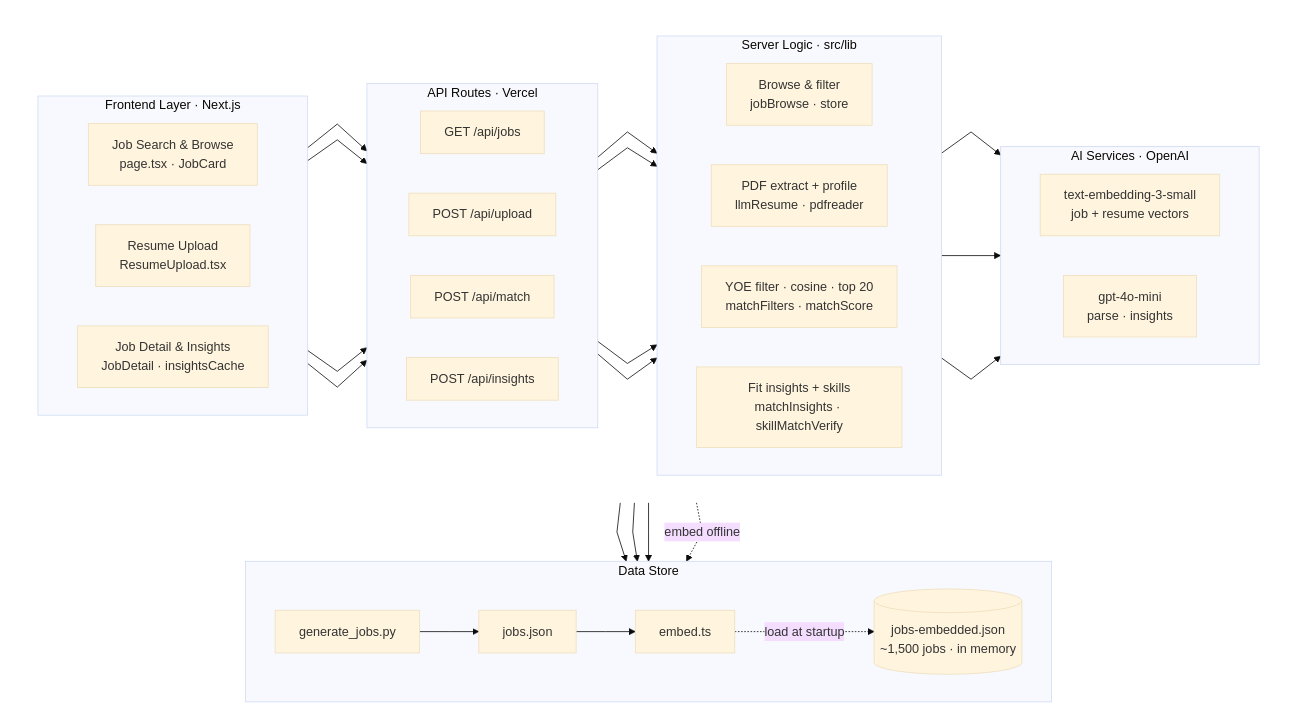
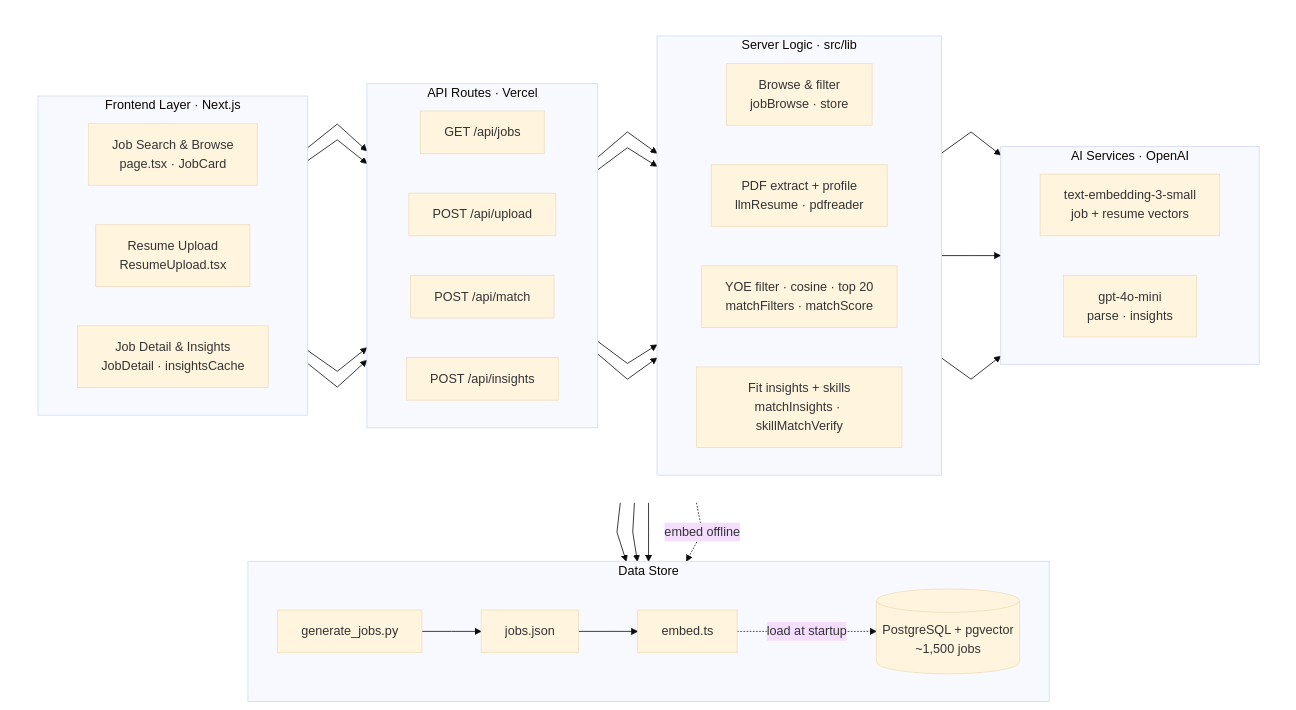
Before and after one commit to MeenakshiMadhu/scoutAI: the first of 3 diagrams in README.md, drawn with Mermaid (base theme). The commit also changed other lines of this file and 17 other files, not shown here.

````diff
--- a/README.md
+++ b/README.md
@@ -31,65 +32,65 @@
 ```mermaid
 %%{init: {'flowchart': {'curve': 'linear'}}}%%
 flowchart TB
   subgraph TOP[" "]
     direction LR
     subgraph FE["Frontend Layer · Next.js"]
       direction LR
       FE1["Job Search & Browse\npage.tsx · JobCard"]
       FE2["Resume Upload\nResumeUpload.tsx"]
       FE3["Job Detail & Insights\nJobDetail · insightsCache"]
     end
 
     subgraph API["API Routes · Vercel"]
       direction LR
       API1["GET /api/jobs"]
       API2["POST /api/upload"]
       API3["POST /api/match"]
       API4["POST /api/insights"]
     end
 
     subgraph SVC["Server Logic · src/lib"]
       direction LR
       S1["Browse & filter\njobBrowse · store"]
       S2["PDF extract + profile\nllmResume · pdfreader"]
       S3["YOE filter · cosine · top 20\nmatchFilters · matchScore"]
       S4["Fit insights + skills\nmatchInsights · skillMatchVerify"]
     end
 
     subgraph AI["AI Services · OpenAI"]
       direction LR
       EMB["text-embedding-3-small\njob + resume vectors"]
       LLM["gpt-4o-mini\nparse · insights"]
     end
   end
 
   subgraph DS["Data Store"]
     direction LR
     GEN["generate_jobs.py"] --> RAW["jobs.json"] --> SCR["embed.ts"]
-    STORE[("jobs-embedded.json\n~1,500 jobs · in memory")]
+    STORE[("PostgreSQL + pgvector\n~1,500 jobs")]
   end
 
   FE1 --> API1
   FE1 --> API3
   FE2 --> API2
   FE3 --> API4
 
   API1 --> S1
   API2 --> S2
   API3 --> S3
   API4 --> S4
 
   S1 --> STORE
   S2 --> EMB
   S2 --> LLM
   S3 --> STORE
   S4 --> LLM
   S4 --> STORE
 
   EMB -.->|embed offline| SCR
   SCR -.->|load at startup| STORE
 
   TOP ~~~ DS
 
   style TOP fill:transparent,stroke:transparent
 ```
````
